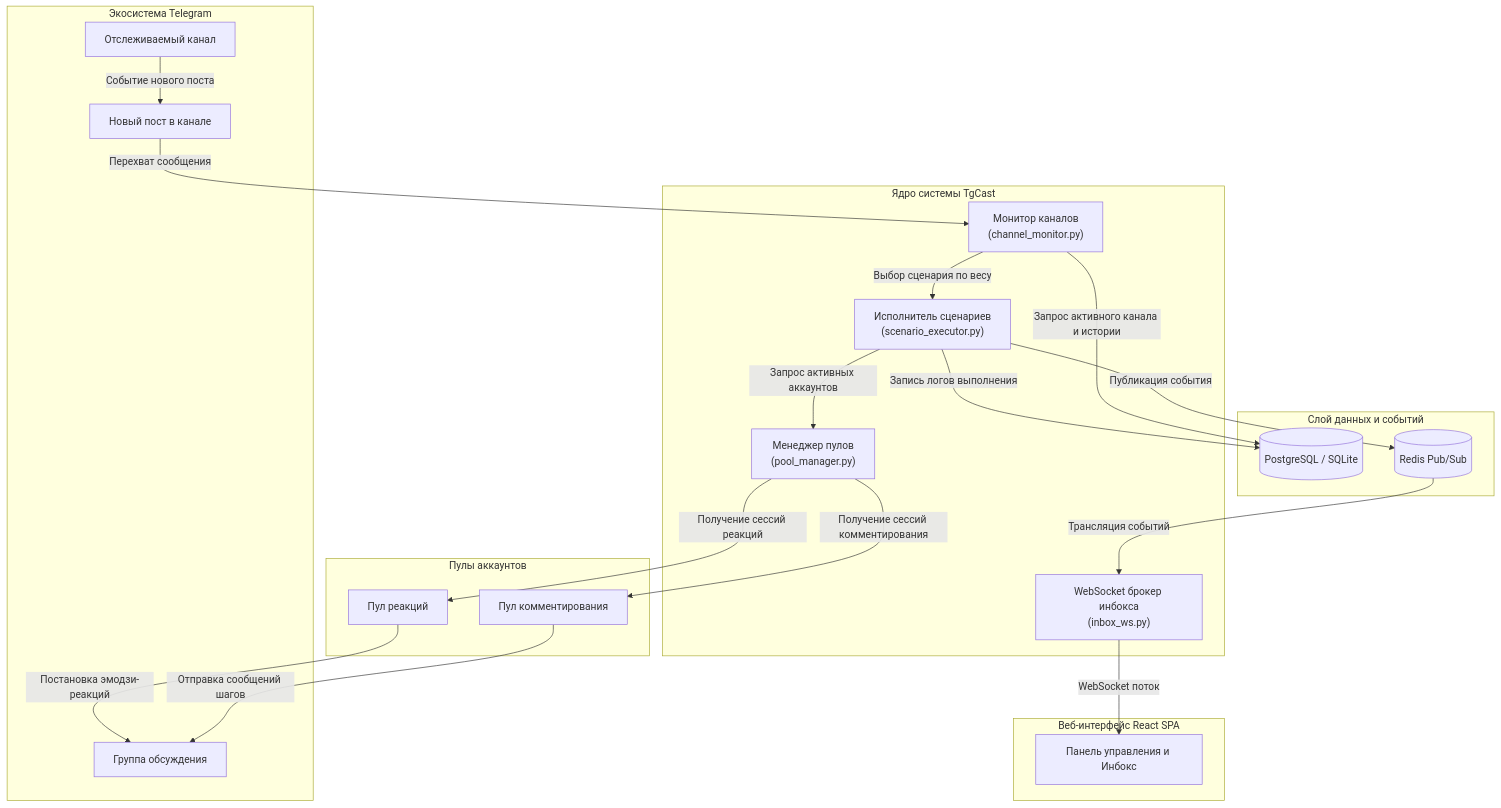
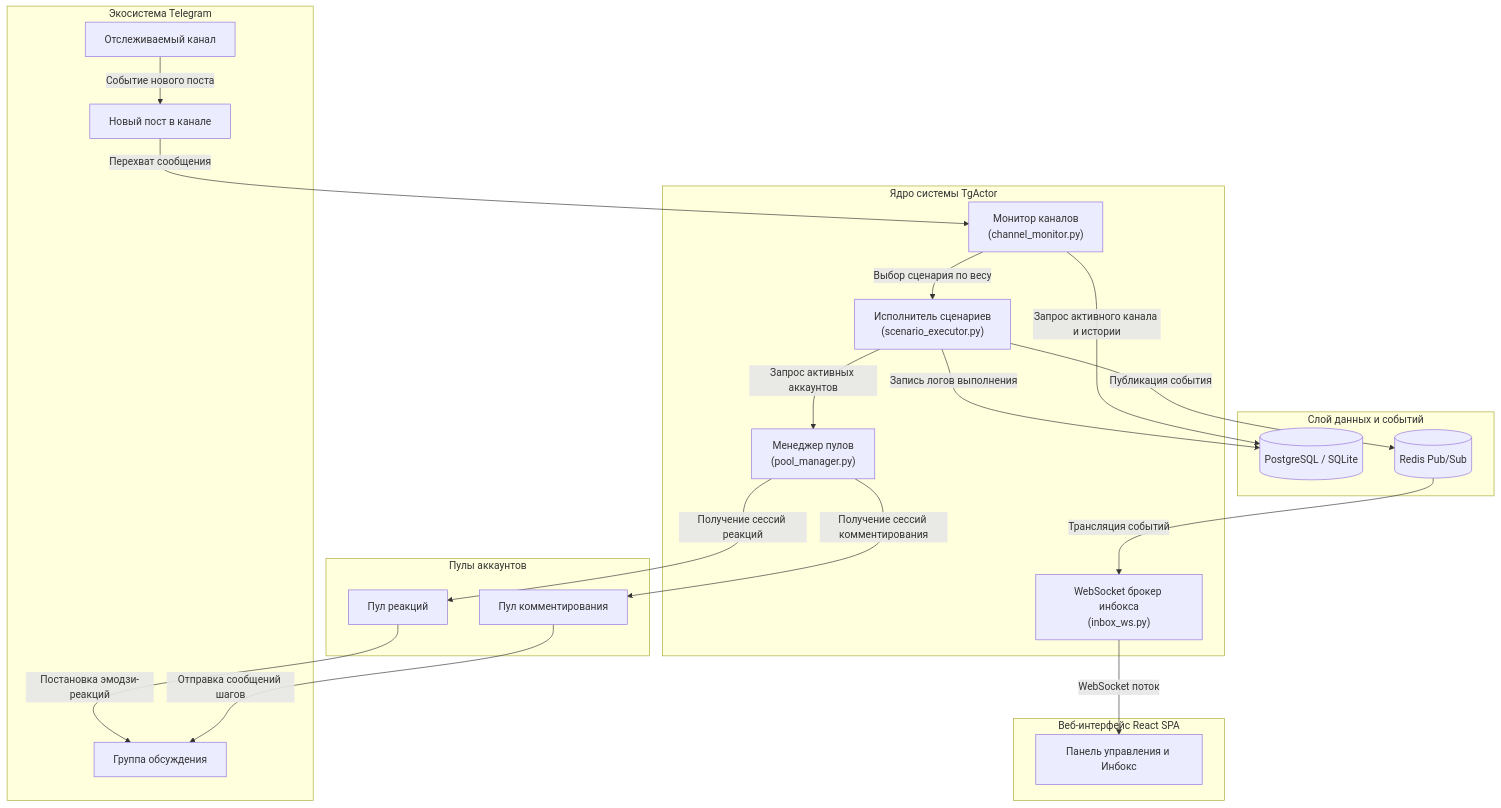
Before and after one commit to ivanchik-byte/TgActor: the diagram in docs/ARCHITECTURE.md, drawn with Mermaid. The commit also changed other lines of this file and 11 other files, not shown here.

````diff
--- a/docs/ARCHITECTURE.md
+++ b/docs/ARCHITECTURE.md
@@ -11,43 +11,43 @@
 ```mermaid
 flowchart TD
     subgraph External["Экосистема Telegram"]
         TGChannel["Отслеживаемый канал"]
         TGGroup["Группа обсуждения"]
         TGPost["Новый пост в канале"]
     end
 
-    subgraph Backend["Ядро системы TgCast"]
+    subgraph Backend["Ядро системы TgActor"]
         CM["Монитор каналов<br/>(channel_monitor.py)"]
         SE["Исполнитель сценариев<br/>(scenario_executor.py)"]
         PM["Менеджер пулов<br/>(pool_manager.py)"]
         WS["WebSocket брокер инбокса<br/>(inbox_ws.py)"]
     end
 
     subgraph Storage["Слой данных и событий"]
         DB[(PostgreSQL / SQLite)]
         Redis[(Redis Pub/Sub)]
     end
 
     subgraph Pools["Пулы аккаунтов"]
         CPool["Пул комментирования"]
         RPool["Пул реакций"]
     end
 
     subgraph Frontend["Веб-интерфейс React SPA"]
         UI["Панель управления и Инбокс"]
     end
 
     TGChannel -->|Событие нового поста| TGPost
     TGPost -->|Перехват сообщения| CM
     CM -->|Запрос активного канала и истории| DB
     CM -->|Выбор сценария по весу| SE
     SE -->|Запрос активных аккаунтов| PM
     PM -->|Получение сессий комментирования| CPool
     PM -->|Получение сессий реакций| RPool
     CPool -->|Отправка сообщений шагов| TGGroup
     RPool -->|Постановка эмодзи-реакций| TGGroup
     SE -->|Запись логов выполнения| DB
     SE -->|Публикация события| Redis
     Redis -->|Трансляция событий| WS
     WS -->|WebSocket поток| UI
 ```
````
